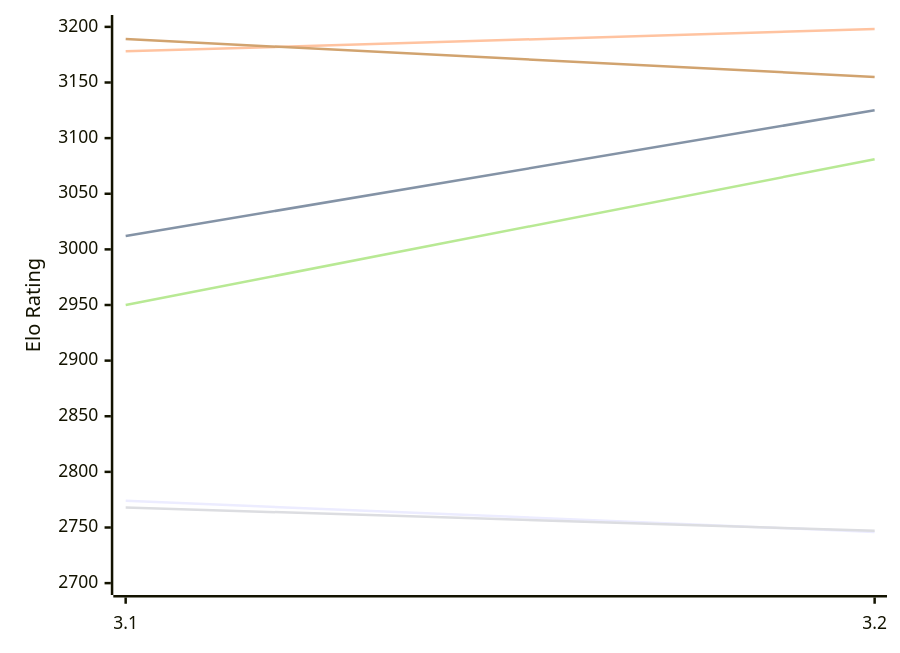
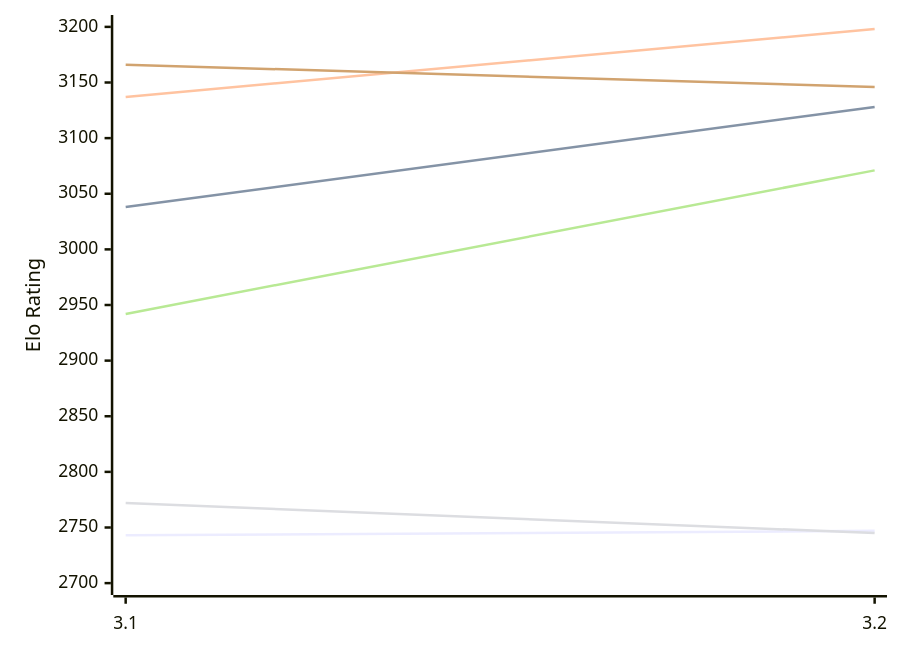
The first of 2 diagrams in engines/Vajolet2.md (computer-chess-index/cci), drawn with Mermaid before and after one commit. The commit also changed other lines of this file, not shown here.

Commit message:
Update CCI Ratings (ELO VLTC) - 2026-11-15

````diff
--- a/engines/Vajolet2.md
+++ b/engines/Vajolet2.md
@@ -51,12 +51,12 @@
 ```mermaid
 %%{init: {"theme":"base","themeVariables":{"seriesColors:['#a3a3a3','#222221','#faa371']}}}%%
 xychart-beta
   x-axis ["3.1", "3.2"]
   y-axis "Elo Rating" 2700 --> 3200
-  line "E1: STC (8.0+0.08s)" [2774, 2746]
-  line "E1: LTC (60.0+0.60s)" [3012, 3125]
-  line "E1: VLTC (2m24s+1.12s)" [3178, 3198]
-  line "P1: STC (8.0+0.08s)" [2768, 2747]
-  line "P1: LTC (60.0+0.60s)" [2950, 3081]
-  line "P1: VLTC (2m24s+1.12s)" [3189, 3155]
+  line "E1: STC (8.0+0.08s)" [2743, 2747]
+  line "E1: LTC (60.0+0.60s)" [3038, 3128]
+  line "E1: VLTC (2m24s+1.12s)" [3137, 3198]
+  line "P1: STC (8.0+0.08s)" [2772, 2745]
+  line "P1: LTC (60.0+0.60s)" [2942, 3071]
+  line "P1: VLTC (2m24s+1.12s)" [3166, 3146]
 ```
````
